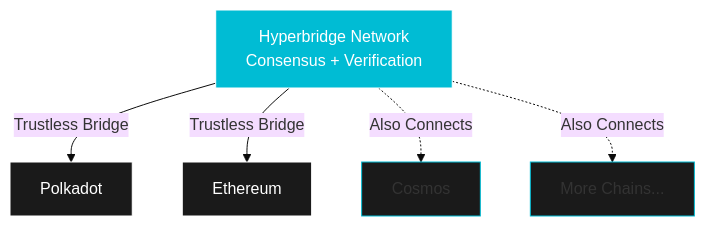
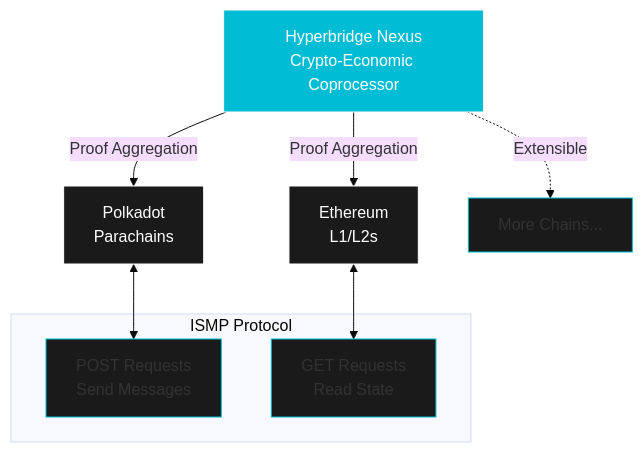
Before and after one commit to openguild-labs/polkadot-codecamp: the sixth of 6 diagrams in slides/cross-chain-defi-primitives.md, drawn with Mermaid (base theme). The commit also changed other lines of this file and 1 other file, not shown here.

Commit message:
chore: update hyperbridge materials

````diff
--- a/slides/cross-chain-defi-primitives.md
+++ b/slides/cross-chain-defi-primitives.md
@@ -455,15 +456,23 @@
 ```mermaid
 graph TB
-    HB[Hyperbridge Network<br/>Consensus + Verification]
+    HB[Hyperbridge Nexus<br/>Crypto-Economic Coprocessor]
 
-    HB -->|Trustless Bridge| POL[Polkadot]
-    HB -->|Trustless Bridge| ETH[Ethereum]
-    HB -.->|Also Connects| COS[Cosmos]
-    HB -.->|Also Connects| MORE[More Chains...]
+    HB -->|Proof Aggregation| POL[Polkadot<br/>Parachains]
+    HB -->|Proof Aggregation| ETH[Ethereum<br/>L1/L2s]
+    HB -.->|Extensible| MORE[More Chains...]
+
+    subgraph "ISMP Protocol"
+        POST[POST Requests<br/>Send Messages]
+        GET[GET Requests<br/>Read State]
+    end
+
+    POL <--> POST
+    ETH <--> GET
 
     style HB fill:#00BCD4,stroke:#fff,color:#fff
     style POL fill:#1a1a1a,stroke:#fff,color:#fff
     style ETH fill:#1a1a1a,stroke:#fff,color:#fff
-    style COS fill:#1a1a1a,stroke:#00BCD4
     style MORE fill:#1a1a1a,stroke:#00BCD4
+    style POST fill:#1a1a1a,stroke:#00BCD4
+    style GET fill:#1a1a1a,stroke:#00BCD4
 ```
````
